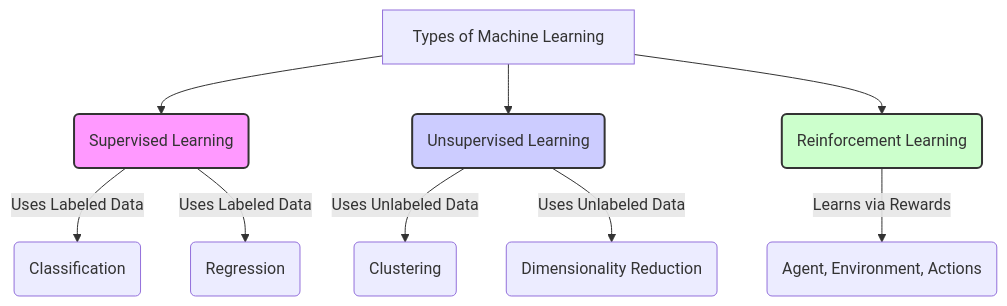
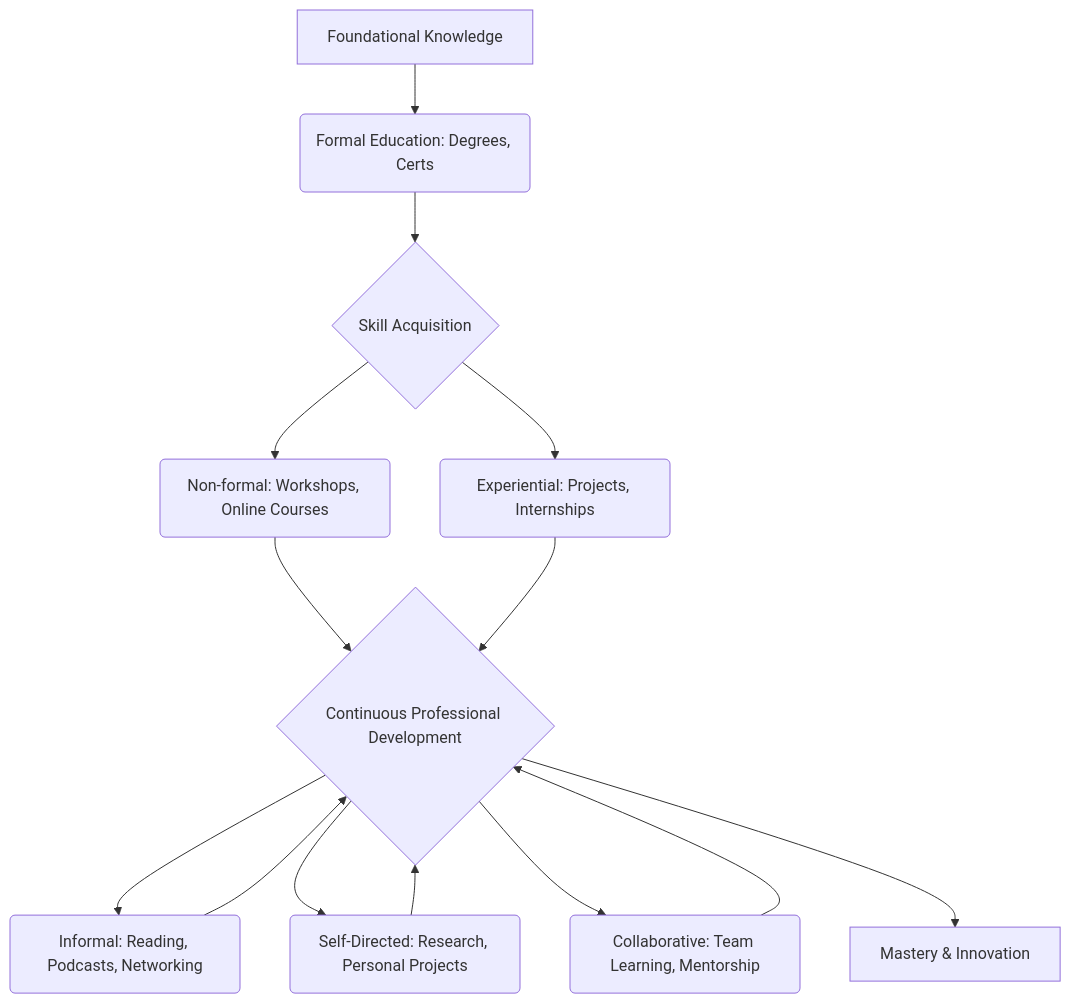
Before and after one commit to knowhub-by-ab/knowhub_notes: the diagram in knowledge/ms3maa127mdb68.md, drawn with Mermaid. The commit also changed other lines of this file, not shown here.

Commit message:
docs: update A.4. Types of Learning

````diff
--- a/knowledge/ms3maa127mdb68.md
+++ b/knowledge/ms3maa127mdb68.md
@@ -72,18 +125,14 @@
 ```mermaid
 graph TD
-    A[Types of Machine Learning] --> B(Supervised Learning)
-    A --> C(Unsupervised Learning)
-    A --> D(Reinforcement Learning)
-
-    B -- "Uses Labeled Data" --> B1(Classification)
-    B -- "Uses Labeled Data" --> B2(Regression)
-    
-    C -- "Uses Unlabeled Data" --> C1(Clustering)
-    C -- "Uses Unlabeled Data" --> C2(Dimensionality Reduction)
-    
-    D -- "Learns via Rewards" --> D1(Agent, Environment, Actions)
-
-    style B fill:#f9f,stroke:#333,stroke-width:2px
-    style C fill:#ccf,stroke:#333,stroke-width:2px
-    style D fill:#cfc,stroke:#333,stroke-width:2px
+    A[Foundational Knowledge] --> B(Formal Education: Degrees, Certs)
+    B --> C{Skill Acquisition}
+    C --> D(Non-formal: Workshops, Online Courses)
+    C --> E(Experiential: Projects, Internships)
+    D --> F{Continuous Professional Development}
+    E --> F
+    F --> G(Informal: Reading, Podcasts, Networking)
+    F --> H(Self-Directed: Research, Personal Projects)
+    F --> I(Collaborative: Team Learning, Mentorship)
+    G & H & I --> F
+    F --> J[Mastery & Innovation]
 ```
````
